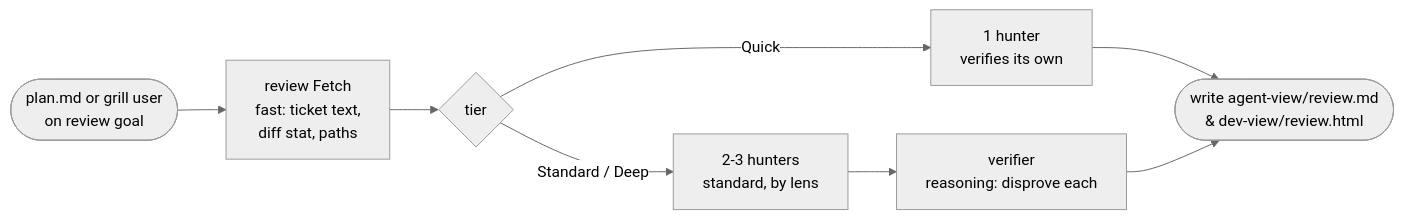
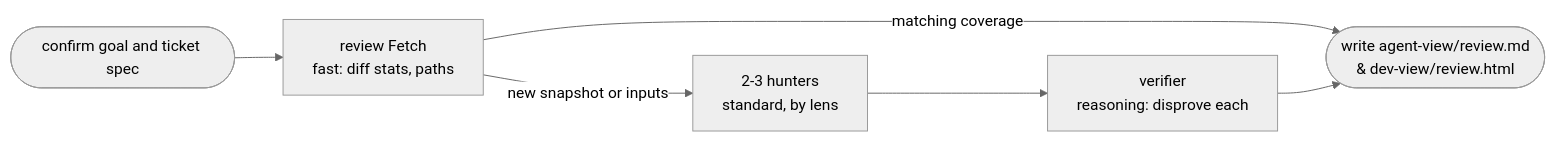
The diagram in docs/go-review.md (le0u0/just-do-it), drawn with Mermaid (neutral theme) before and after one commit. The commit also changed other lines of this file and 30 other files, not shown here.

Commit message:
feat(workflow): refine ticket execution and review

````diff
--- a/docs/go-review.md
+++ b/docs/go-review.md
@@ -9,10 +11,8 @@
 ```mermaid
 flowchart LR
-    IN([plan.md or grill user<br/>on review goal]) --> G[review Fetch<br/>fast: ticket text,<br/>diff stat, paths]
-    G --> T{tier}
-    T -->|Quick| Q[1 hunter<br/>verifies its own]
-    T -->|Standard / Deep| H[2-3 hunters<br/>standard, by lens]
+    IN([confirm goal and ticket spec]) --> G[review Fetch<br/>fast: diff stats, paths]
+    G -->|new snapshot or inputs| H[2-3 hunters<br/>standard, by lens]
+    G -->|matching coverage| R
     H --> V[verifier<br/>reasoning: disprove each]
-    Q --> R([write agent-view/review.md<br/>& dev-view/review.html])
-    V --> R
+    V --> R([write agent-view/review.md<br/>& dev-view/review.html])
 ```
````
